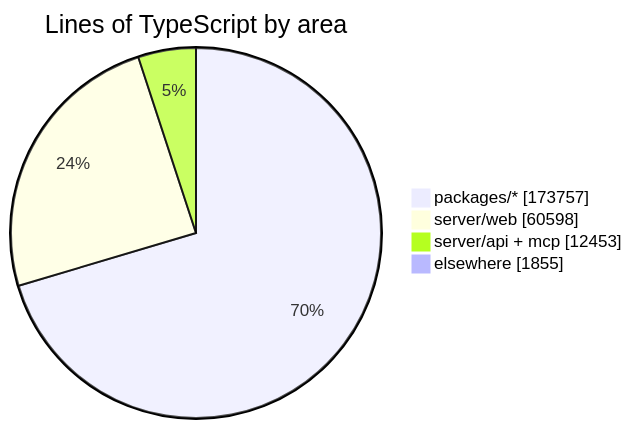
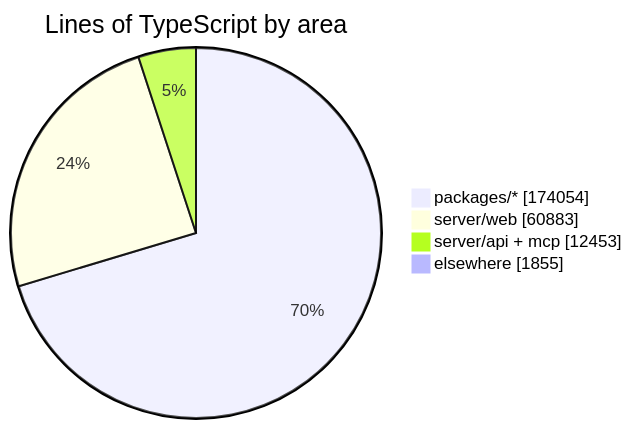
One commit to crossworks-engineering/mantle changed the diagram in README.md. Above: the diagram before and after it, drawn with Mermaid. The commit also changed other lines of this file and 2 other files, not shown here.

````diff
--- a/README.md
+++ b/README.md
@@ -279,7 +279,7 @@
 ```mermaid
 pie showData title Lines of TypeScript by area
-    "packages/*" : 173757
-    "server/web" : 60598
+    "packages/*" : 174054
+    "server/web" : 60883
     "server/api + mcp" : 12453
     "elsewhere" : 1855
 ```
````
